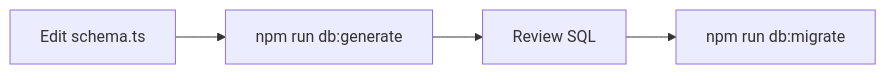
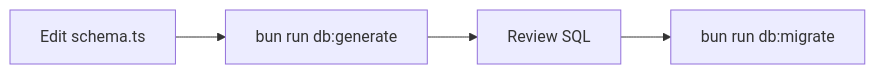
The diagram in docs/database.md (basishacks/basis-docs), drawn with Mermaid before and after one commit. The commit also changed other lines of this file, not shown here.

Commit message:
docs: database migrate/generate use bun

````diff
--- a/docs/database.md
+++ b/docs/database.md
@@ -56,6 +56,6 @@
 ```mermaid
 flowchart LR
-  S[Edit schema.ts] --> G[npm run db:generate]
+  S[Edit schema.ts] --> G[bun run db:generate]
   G --> R[Review SQL]
-  R --> M[npm run db:migrate]
+  R --> M[bun run db:migrate]
 ```
````
